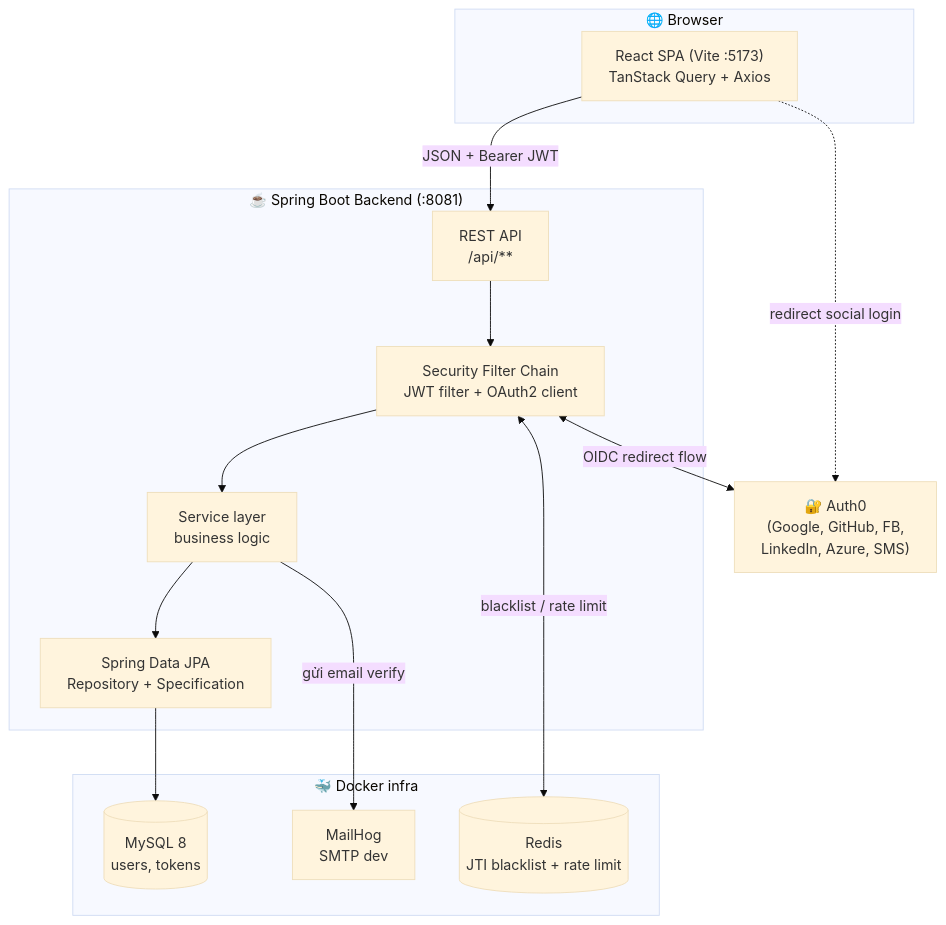
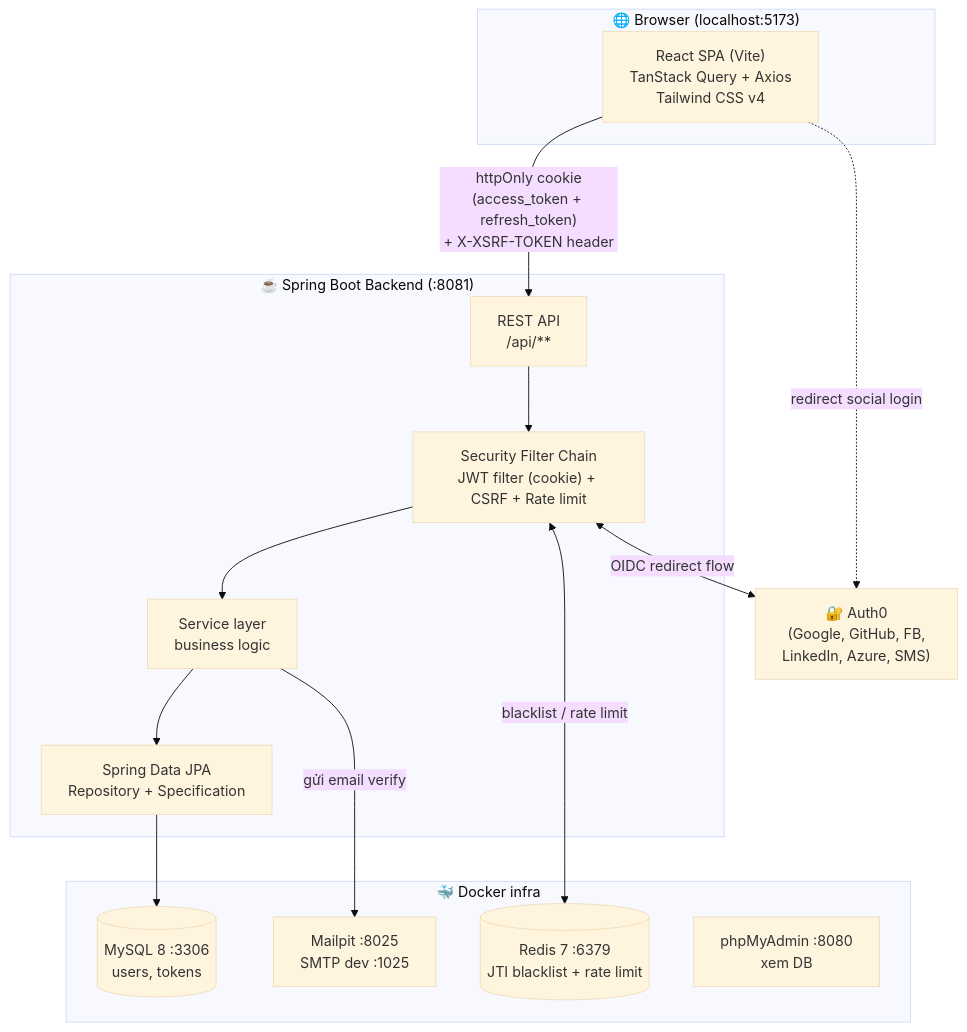
Before and after one commit to maaitlunghau/java-spring-ecosystem-fundamentals: the first of 5 diagrams in docs/plans/09-fullstack-user-management.md, drawn with Mermaid (base theme). The commit also changed other lines of this file, not shown here.

````diff
--- a/docs/plans/09-fullstack-user-management.md
+++ b/docs/plans/09-fullstack-user-management.md
@@ -62,28 +63,29 @@
 ```mermaid
 flowchart TB
-    subgraph Browser["🌐 Browser"]
-        React["React SPA (Vite :5173)<br/>TanStack Query + Axios"]
+    subgraph Browser["🌐 Browser (localhost:5173)"]
+        React["React SPA (Vite)<br/>TanStack Query + Axios<br/>Tailwind CSS v4"]
     end
 
     subgraph Backend["☕ Spring Boot Backend (:8081)"]
         API["REST API<br/>/api/**"]
-        Sec["Security Filter Chain<br/>JWT filter + OAuth2 client"]
+        Sec["Security Filter Chain<br/>JWT filter (cookie) + CSRF + Rate limit"]
         Svc["Service layer<br/>business logic"]
         JPA["Spring Data JPA<br/>Repository + Specification"]
     end
 
     subgraph Infra["🐳 Docker infra"]
-        MySQL[("MySQL 8<br/>users, tokens")]
-        Redis[("Redis<br/>JTI blacklist + rate limit")]
-        Mail["MailHog<br/>SMTP dev"]
+        MySQL[("MySQL 8 :3306<br/>users, tokens")]
+        Redis[("Redis 7 :6379<br/>JTI blacklist + rate limit")]
+        Mail["Mailpit :8025<br/>SMTP dev :1025"]
+        PMA["phpMyAdmin :8080<br/>xem DB"]
     end
 
     Auth0["🔐 Auth0<br/>(Google, GitHub, FB,<br/>LinkedIn, Azure, SMS)"]
 
-    React -->|"JSON + Bearer JWT"| API
+    React -->|"httpOnly cookie<br/>(access_token + refresh_token)<br/>+ X-XSRF-TOKEN header"| API
     API --> Sec --> Svc --> JPA --> MySQL
     Sec <-->|"blacklist / rate limit"| Redis
     Svc -->|"gửi email verify"| Mail
     Sec <-->|"OIDC redirect flow"| Auth0
     React -.->|"redirect social login"| Auth0
 ```
````
